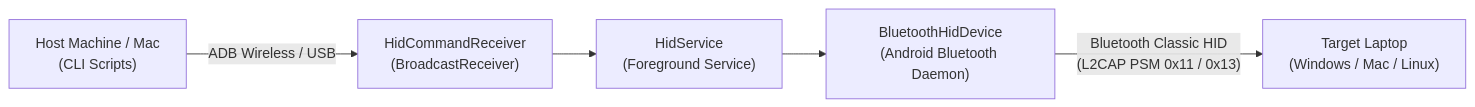
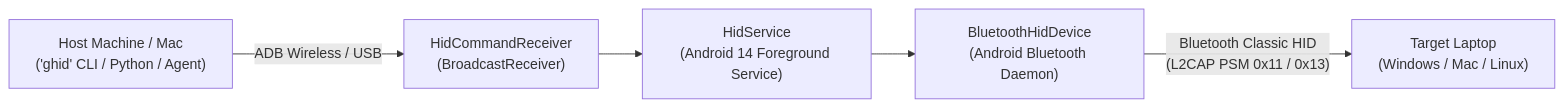
The diagram in README.md (ShubhamJ010/ghid-cli), drawn with Mermaid before and after one commit. The commit also changed other lines of this file and 15 other files, not shown here.

First line of the commit message:
feat: introduce ghid Go CLI with interactive TUI and device control

````diff
--- a/README.md
+++ b/README.md
@@ -27,7 +206,7 @@
 ```mermaid
 flowchart LR
-    Host["Host Machine / Mac\n(CLI Scripts)"] -- ADB Wireless / USB --> Receiver["HidCommandReceiver\n(BroadcastReceiver)"]
-    Receiver --> Service["HidService\n(Foreground Service)"]
+    Host["Host Machine / Mac\n('ghid' CLI / Python / Agent)"] -- ADB Wireless / USB --> Receiver["HidCommandReceiver\n(BroadcastReceiver)"]
+    Receiver --> Service["HidService\n(Android 14 Foreground Service)"]
     Service --> Proxy["BluetoothHidDevice\n(Android Bluetooth Daemon)"]
     Proxy -- Bluetooth Classic HID\n(L2CAP PSM 0x11 / 0x13) --> Laptop["Target Laptop\n(Windows / Mac / Linux)"]
 ```
````
